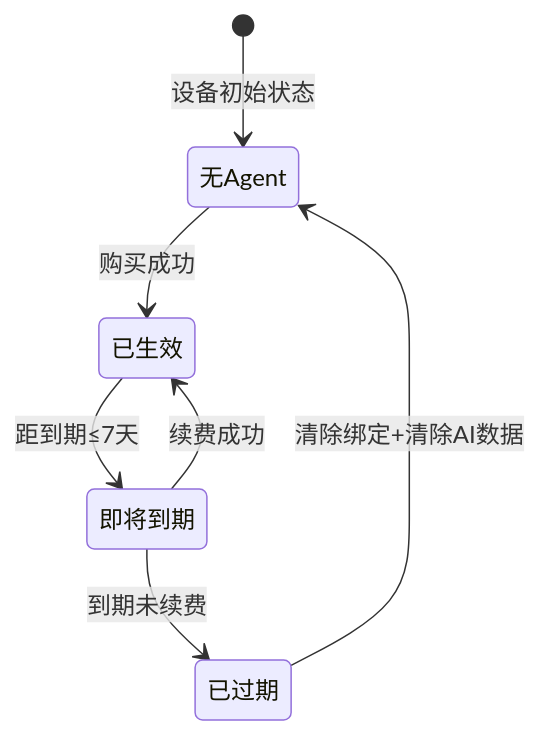
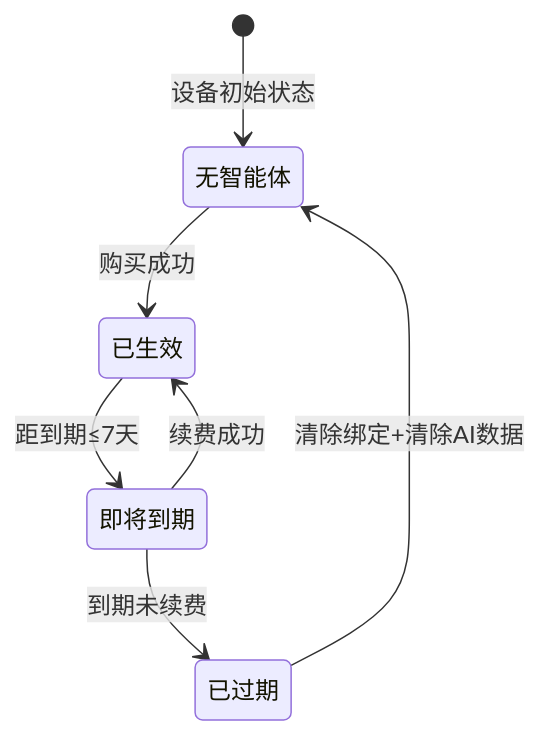
Before and after one commit to hongtao-l/platform: the second of 4 diagrams in docs/prd_full/Agent工厂/Agent工厂03PRD.md, drawn with Mermaid. The commit also changed other lines of this file and 13 other files, not shown here.

````diff
--- a/docs/prd_full/Agent工厂/Agent工厂03PRD.md
+++ b/docs/prd_full/Agent工厂/Agent工厂03PRD.md
@@ -114,9 +111,9 @@
 ```mermaid
 stateDiagram-v2
-    [*] --> 无Agent: 设备初始状态
-    无Agent --> 已生效: 购买成功
+    [*] --> 无智能体: 设备初始状态
+    无智能体 --> 已生效: 购买成功
     已生效 --> 即将到期: 距到期≤7天
     即将到期 --> 已过期: 到期未续费
     即将到期 --> 已生效: 续费成功
-    已过期 --> 无Agent: 清除绑定+清除AI数据
+    已过期 --> 无智能体: 清除绑定+清除AI数据
 ```
````
